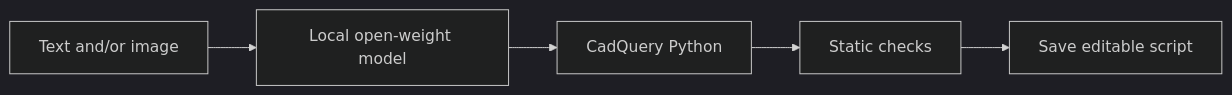
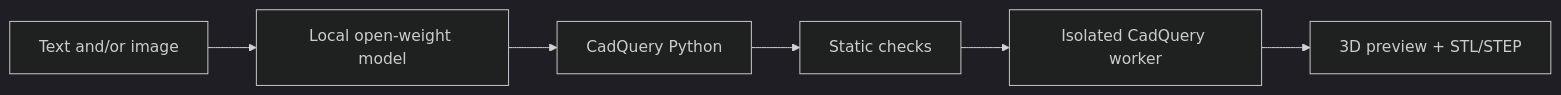
Before and after one commit to benisalla/cadquery-agent: the diagram in README.md, drawn with Mermaid (dark theme). The commit also changed other lines of this file and 18 other files, not shown here.

Commit message:
Add isolated CAD rendering and interactive 3D preview

```diff
--- a/README.md
+++ b/README.md
@@ -9,7 +10,8 @@
 ~~~mermaid
 flowchart LR
   A["Text and/or image"] --> B["Local open-weight model"]
   B --> C["CadQuery Python"]
   C --> D["Static checks"]
-  D --> E["Save editable script"]
+  D --> E["Isolated CadQuery worker"]
+  E --> F["3D preview + STL/STEP"]
 ~~~
```
